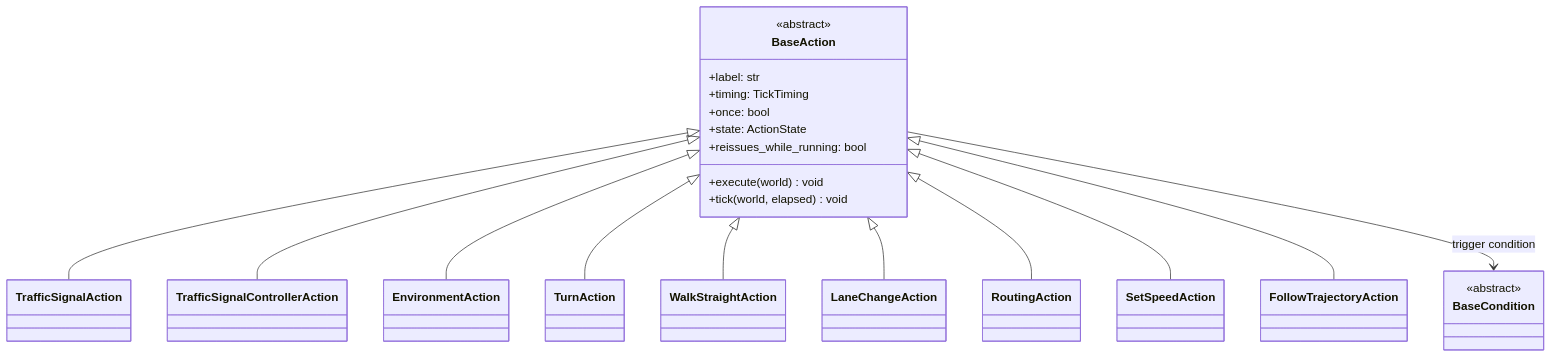
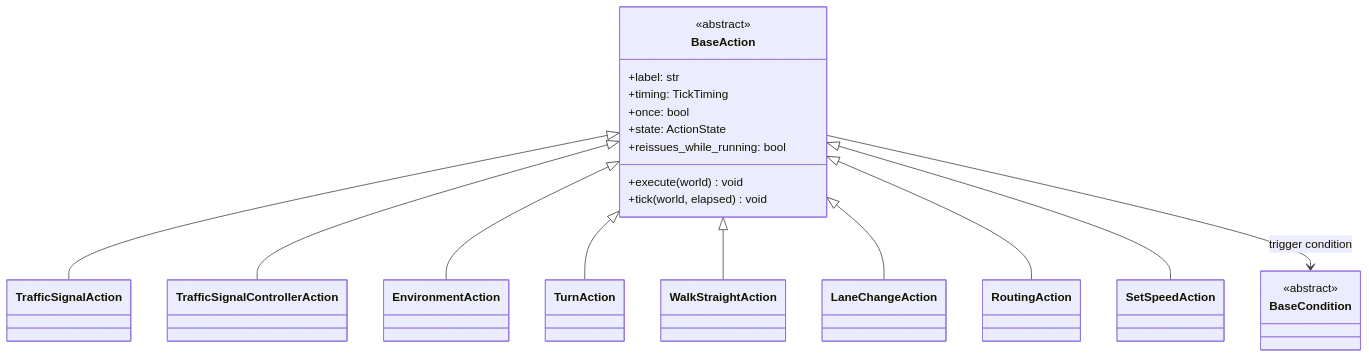
The sixth of 13 diagrams in autoware_carla_scenario/docs/architecture.md (autowarefoundation/autoware_carla_scenario), drawn with Mermaid before and after one commit. The commit also changed other lines of this file and 89 other files, not shown here.

First line of the commit message:
feat!: RoutingAction does what FollowTrajectoryAction did; SpawnAction / DespawnAction; NPC collision log (#608)

````diff
--- a/autoware_carla_scenario/docs/architecture.md
+++ b/autoware_carla_scenario/docs/architecture.md
@@ -512,38 +514,36 @@
 ```mermaid
 classDiagram
     class BaseAction {
         <<abstract>>
         +label: str
         +timing: TickTiming
         +once: bool
         +state: ActionState
         +reissues_while_running: bool
         +execute(world) void
         +tick(world, elapsed) void
     }
 
     class BaseCondition {
         <<abstract>>
     }
 
     class TrafficSignalAction
     class TrafficSignalControllerAction
     class EnvironmentAction
     class TurnAction
     class WalkStraightAction
     class LaneChangeAction
     class RoutingAction
     class SetSpeedAction
-    class FollowTrajectoryAction
 
     BaseAction <|-- TrafficSignalAction
     BaseAction <|-- TrafficSignalControllerAction
     BaseAction <|-- EnvironmentAction
     BaseAction <|-- TurnAction
     BaseAction <|-- WalkStraightAction
     BaseAction <|-- LaneChangeAction
     BaseAction <|-- RoutingAction
     BaseAction <|-- SetSpeedAction
-    BaseAction <|-- FollowTrajectoryAction
     BaseAction --> BaseCondition : trigger condition
 ```
````
